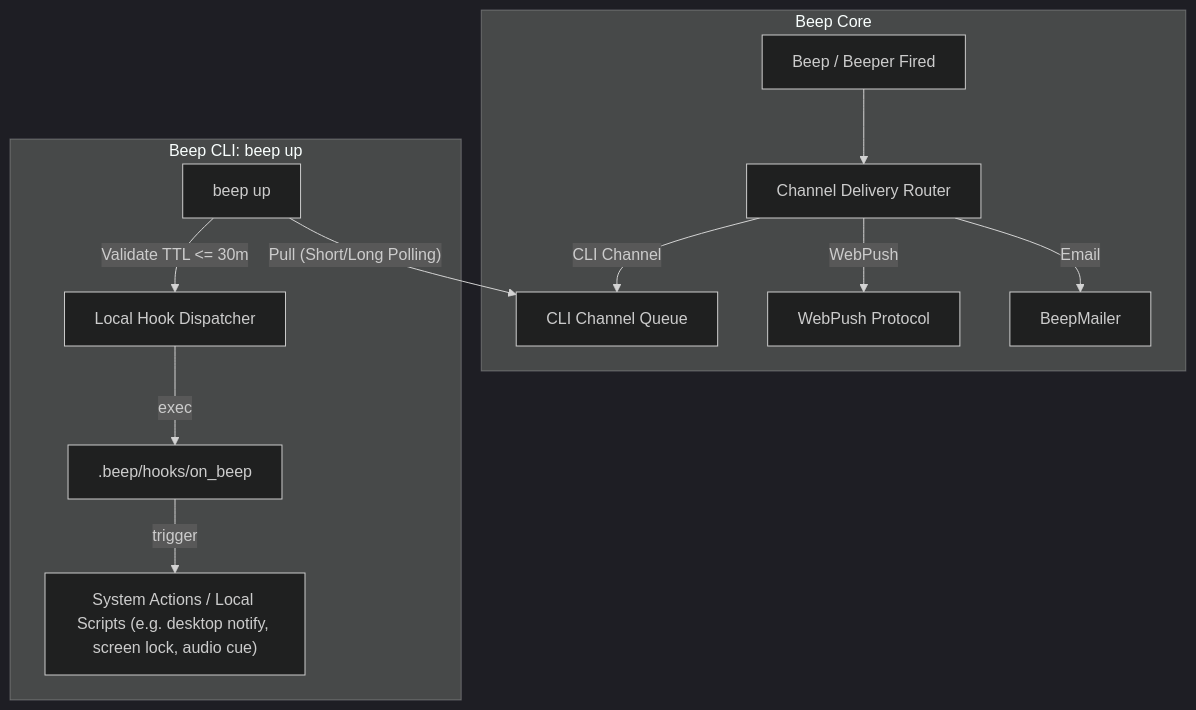
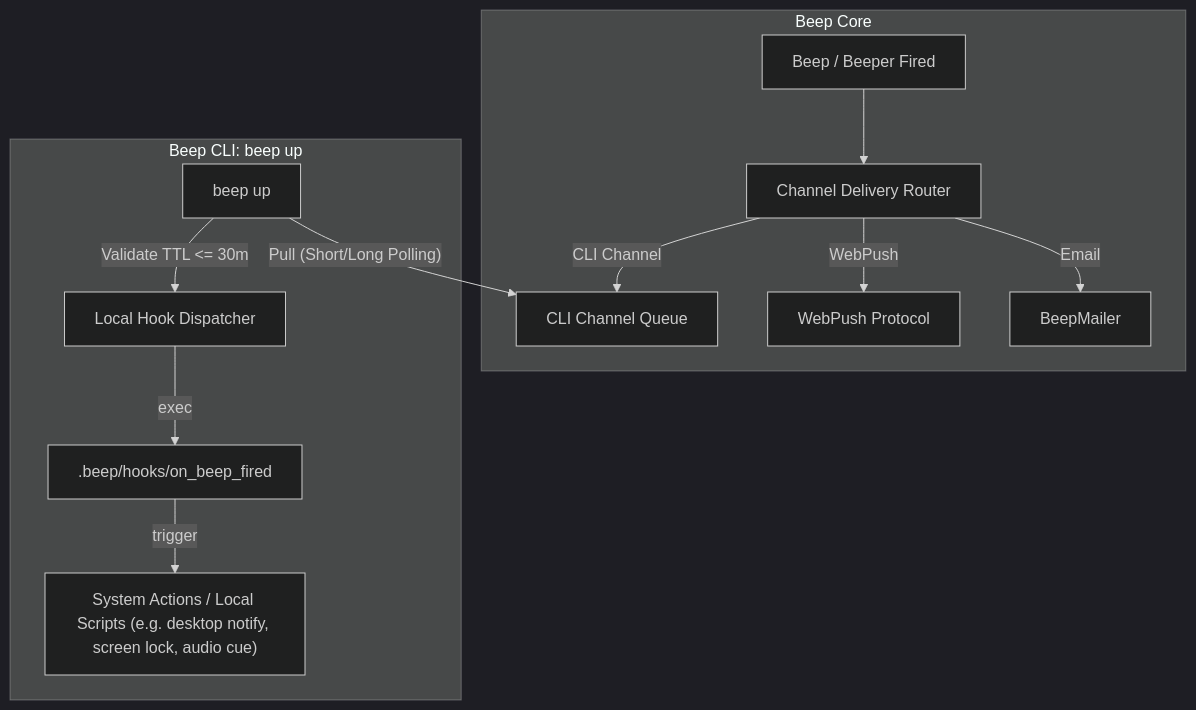
Before and after one commit to yuler/beep: the diagram in docs/architecture/channel.md, drawn with Mermaid (dark theme). The commit also changed other lines of this file and 2 other files, not shown here.

Commit message:
✨ [cli] Support event-specific on_beep_fired hook with fallback

````diff
--- a/docs/architecture/channel.md
+++ b/docs/architecture/channel.md
@@ -9,16 +9,16 @@
 ```mermaid
 flowchart TD
   subgraph Cloud [Beep Core]
     Beep["Beep / Beeper Fired"] --> Router[Channel Delivery Router]
     Router -->|Email| Mail[BeepMailer]
     Router -->|WebPush| FCM[WebPush Protocol]
     Router -->|CLI Channel| CliInbox[CLI Channel Queue]
   end
 
   subgraph Host ["Beep CLI: beep up"]
     Daemon["beep up"] -->|"Pull (Short/Long Polling)"| CliInbox
     Daemon -->|"Validate TTL <= 30m"| HookRunner[Local Hook Dispatcher]
-    HookRunner -->|exec| Hook[".beep/hooks/on_beep"]
+    HookRunner -->|exec| Hook[".beep/hooks/on_beep_fired"]
     Hook -->|trigger| Action["System Actions / Local Scripts (e.g. desktop notify, screen lock, audio cue)"]
   end
 ```
````
